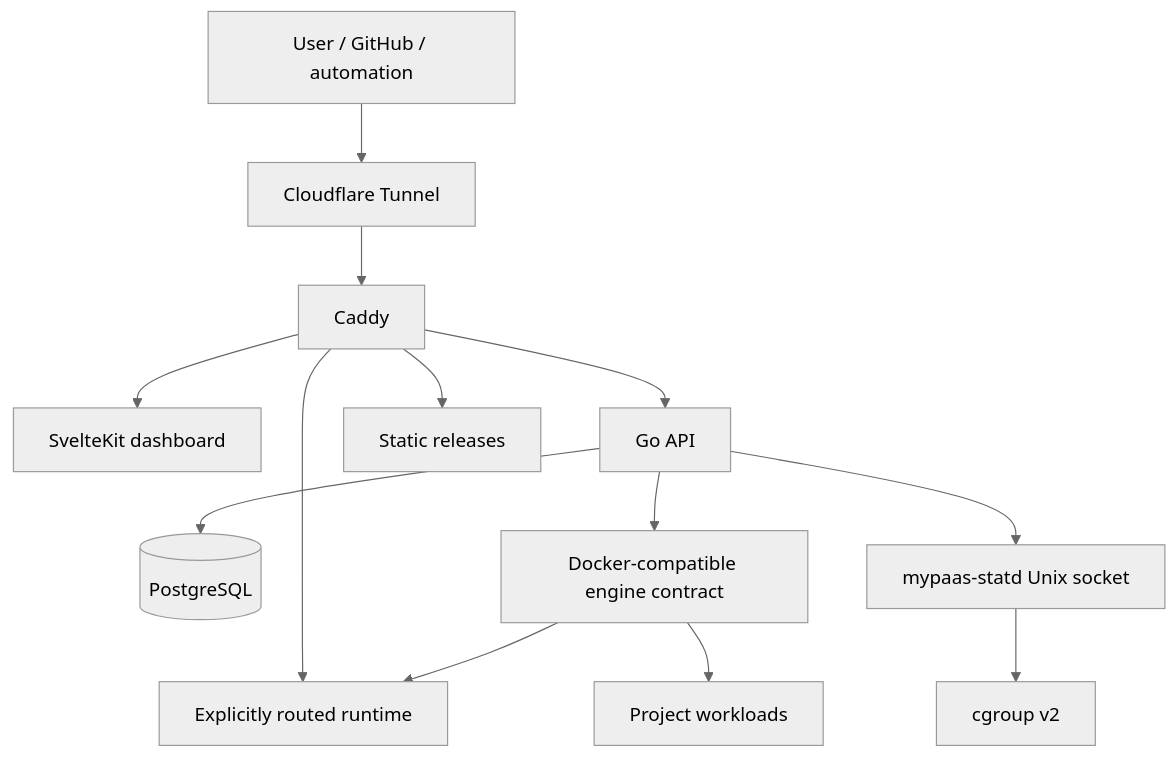
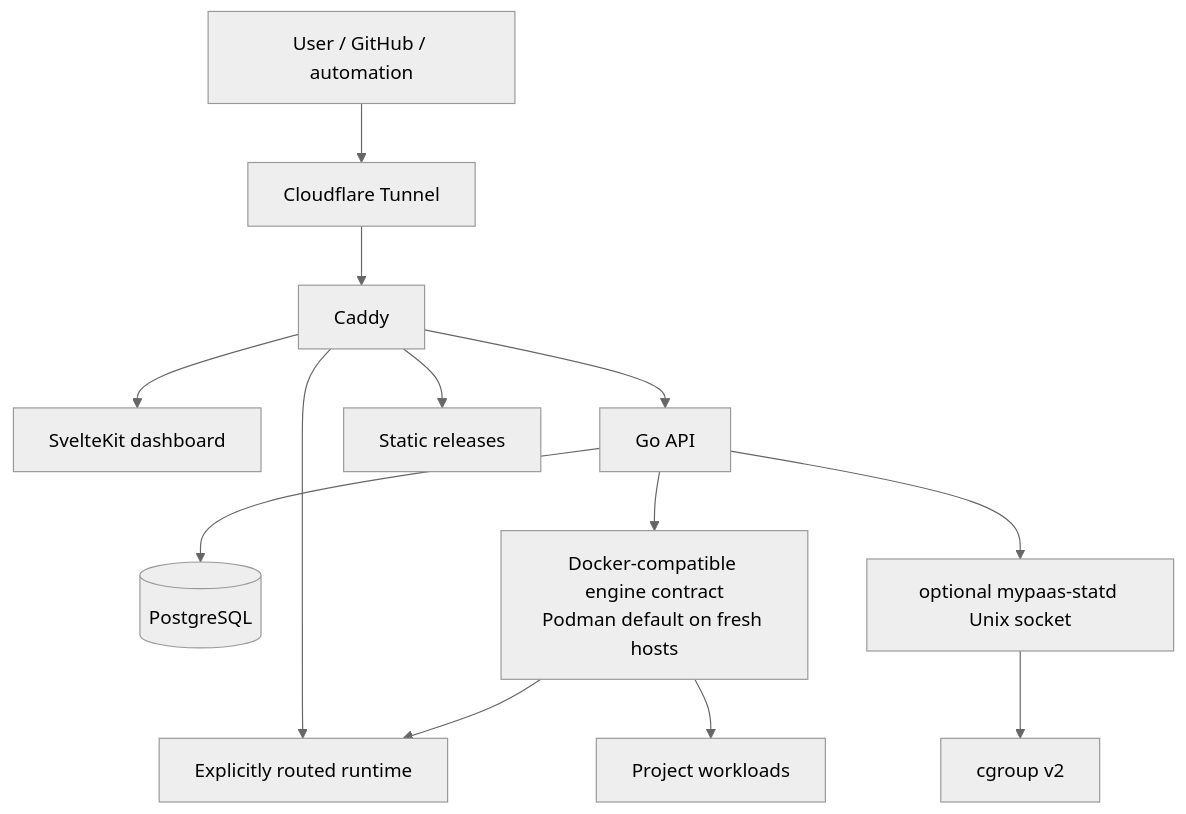
One commit to howlil/MyPaas changed the diagram in docs/README.md. Above: the diagram before and after it, drawn with Mermaid (neutral theme). The commit also changed other lines of this file, not shown here.

Commit message:
docs: record Podman-first claim policy

````diff
--- a/docs/README.md
+++ b/docs/README.md
@@ -59,17 +62,17 @@
 ```mermaid
 flowchart TB
     User["User / GitHub / automation"] --> Edge["Cloudflare Tunnel"]
     Edge --> Caddy["Caddy"]
 
     Caddy --> Dashboard["SvelteKit dashboard"]
     Caddy --> API["Go API"]
     Caddy --> Static["Static releases"]
     Caddy --> Runtime["Explicitly routed runtime"]
 
     API --> Postgres[("PostgreSQL")]
-    API --> Engine["Docker-compatible engine contract"]
-    API --> Statd["mypaas-statd Unix socket"]
+    API --> Engine["Docker-compatible engine contract\nPodman default on fresh hosts"]
+    API --> Statd["optional mypaas-statd Unix socket"]
     Engine --> Runtime
     Engine --> Workloads["Project workloads"]
     Statd --> Cgroup["cgroup v2"]
 ```
````
